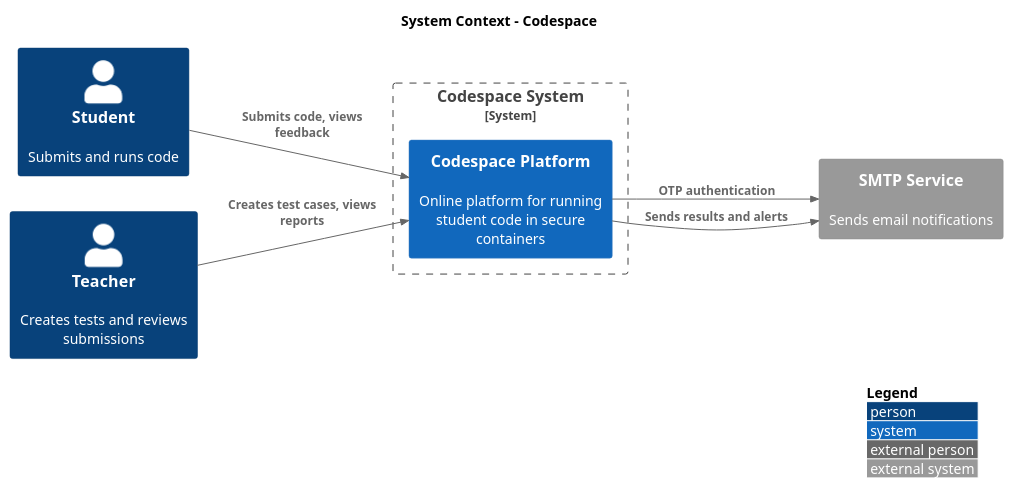
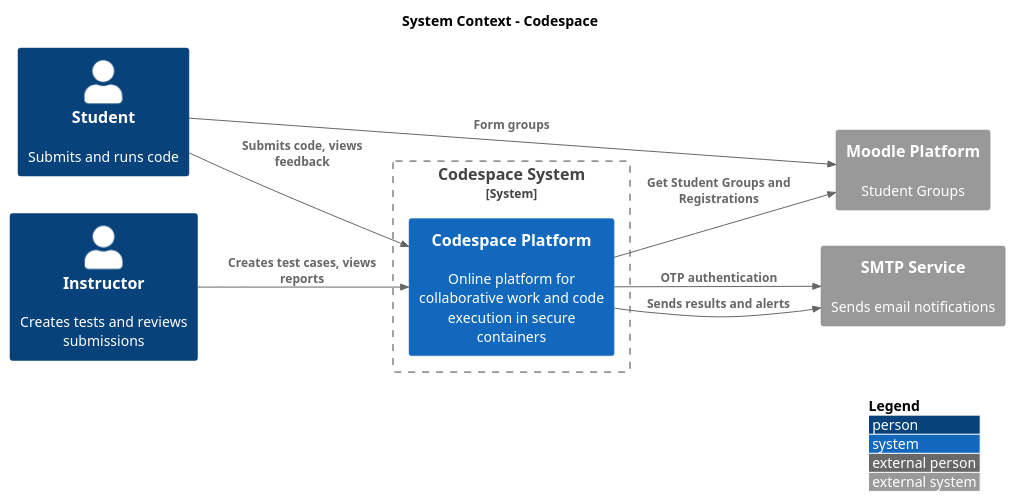
One commit to Hayzenpup/design-playground changed the diagram in codespace/systemContext.puml. Above: the diagram before and after it, drawn with PlantUML. The commit also changed 1 other file, not shown here.

Commit message:
codespace: system context

```diff
--- a/codespace/systemContext.puml
+++ b/codespace/systemContext.puml
@@ -1,28 +1,32 @@
 @startuml
 !includeurl https://raw.githubusercontent.com/plantuml-stdlib/C4-PlantUML/master/C4_Context.puml
 
 title System Context - Codespace
 
 ' Place this at the top, before elements
 LAYOUT_LEFT_RIGHT()
 
 ' === ACTORS ===
 Person(user, "Student", "Submits and runs code")
-Person(teacher, "Teacher", "Creates tests and reviews submissions")
+Person(teacher, "Instructor", "Creates tests and reviews submissions")
 
 ' === SYSTEM UNDER DESIGN ===
 System_Boundary(s1, "Codespace System") {
-    System(codespace, "Codespace Platform", "Online platform for running student code in secure containers")
+    System(codespace, "Codespace Platform", "Online platform for collaborative work and code execution in secure containers")
 }
 
 ' === EXTERNAL SYSTEMS ===
 System_Ext(email, "SMTP Service", "Sends email notifications")
+System_Ext(moodle, "Moodle Platform", "Student Groups")
 
 ' === RELATIONSHIPS ===
 Rel(user, codespace, "Submits code, views feedback")
 Rel(teacher, codespace, "Creates test cases, views reports")
 Rel(codespace, email, "OTP authentication")
 Rel(codespace, email, "Sends results and alerts")
 
+Rel(user, moodle, "Form groups")
+Rel(codespace, moodle, "Get Student Groups and Registrations")
+
 LAYOUT_WITH_LEGEND()
 @enduml
```
